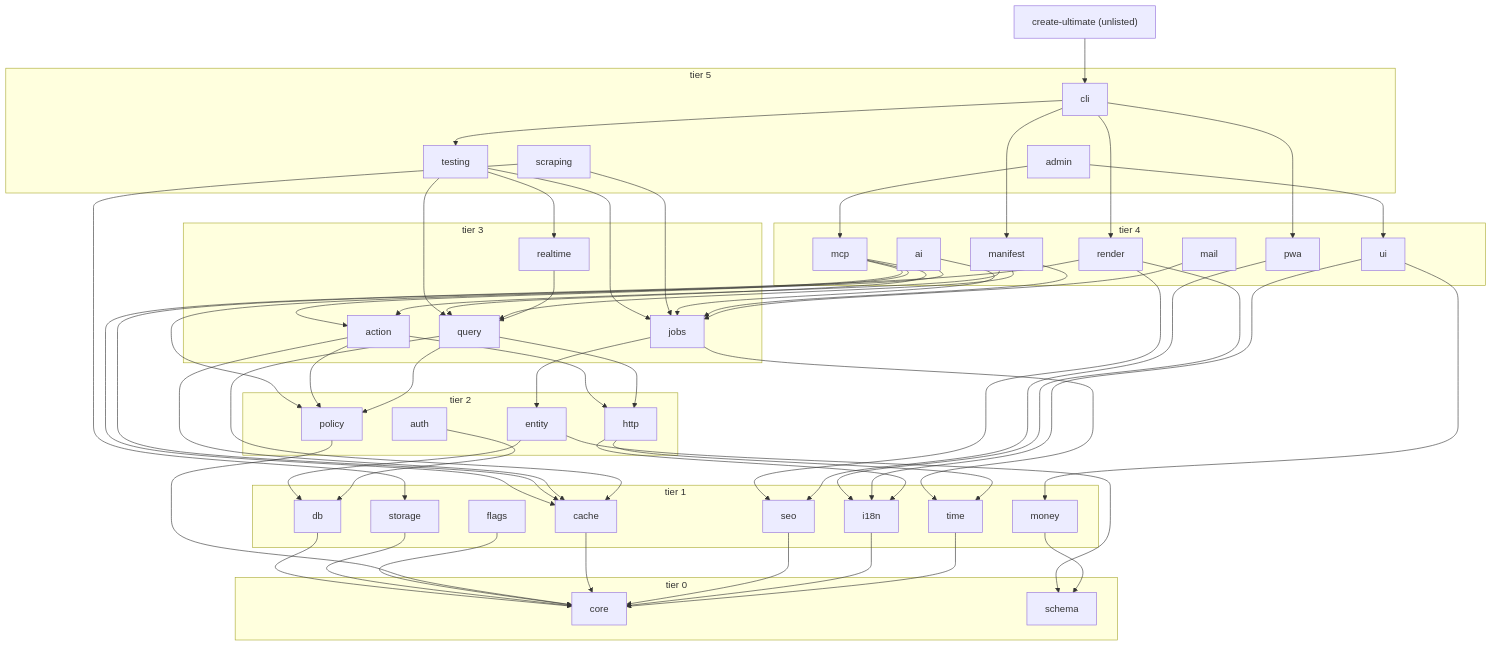
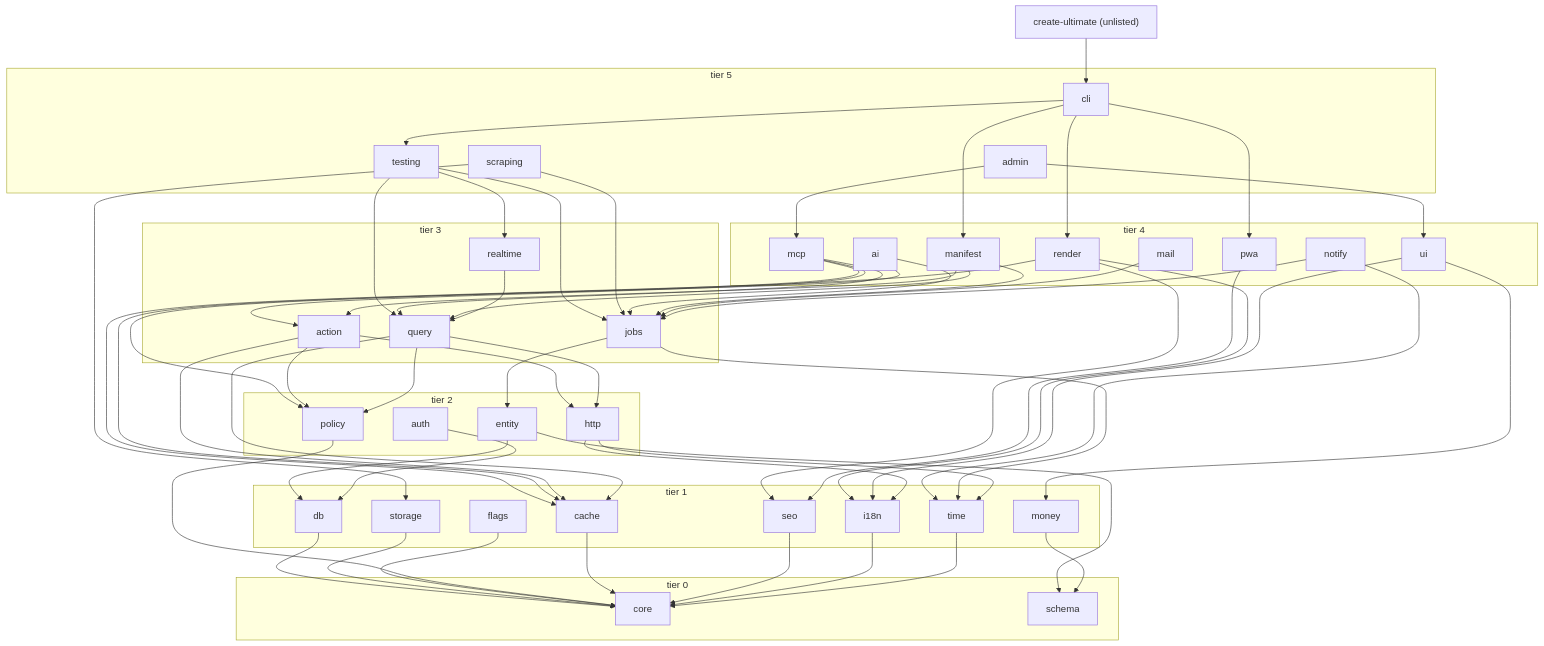
Before and after one commit to developerz-ai/ultimate: the diagram in docs/architecture/01-package-map.md, drawn with Mermaid. The commit also changed other lines of this file and 120 other files, not shown here.

First line of the commit message:
feat(jobs,action,notify,ui,mcp,cli): notifications, webhooks, exports, form binding (#349)

````diff
--- a/docs/architecture/01-package-map.md
+++ b/docs/architecture/01-package-map.md
@@ -105,78 +107,80 @@
 ```mermaid
 graph TD
   create-ultimate["create-ultimate (unlisted)"]
   subgraph T5["tier 5"]
     cli; testing; admin; scraping
   end
   subgraph T4["tier 4"]
-    render; pwa; mcp; ai; manifest; mail; ui
+    render; pwa; mcp; ai; manifest; mail; ui; notify
   end
   subgraph T3["tier 3"]
     action; query; jobs; realtime
   end
   subgraph T2["tier 2"]
     entity; policy; http; auth
   end
   subgraph T1["tier 1"]
     i18n; money; time; cache; seo; db; storage; flags
   end
   subgraph T0["tier 0"]
     core; schema
   end
 
   create-ultimate --> cli
 
   cli --> manifest
   cli --> render
   cli --> pwa
   cli --> testing
   testing --> query
   testing --> jobs
   testing --> realtime
   admin --> ui
   admin --> mcp
   scraping --> jobs
   scraping --> storage
 
   render --> cache
   render --> seo
   render --> i18n
   ui --> i18n
   ui --> money
   pwa --> seo
   mcp --> action
   mcp --> query
   mcp --> policy
   ai --> jobs
   ai --> cache
   manifest --> action
   manifest --> query
   manifest --> jobs
   mail --> jobs
+  notify --> jobs
+  notify --> time
 
   action --> policy
   action --> http
   action --> cache
   query --> policy
   query --> http
   query --> cache
   jobs --> entity
   jobs --> time
   realtime --> query
 
   entity --> schema
   entity --> db
   auth --> db
   db --> core
   storage --> core
   flags --> core
   policy --> core
   http --> i18n
   http --> time
   cache --> core
   seo --> core
 
   i18n --> core
   money --> schema
   time --> core
 ```
````
